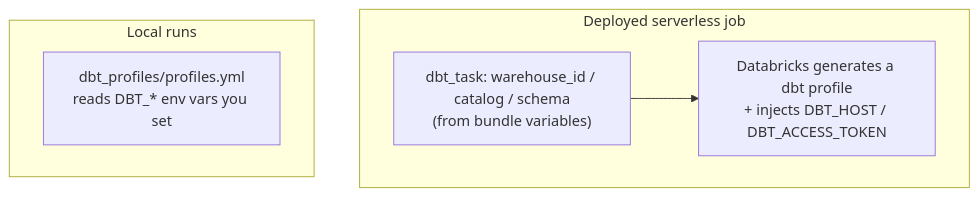
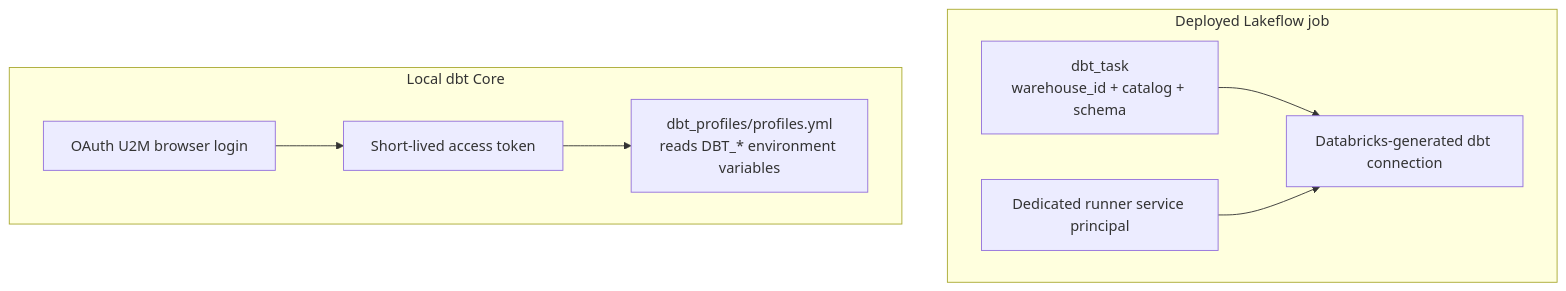
The diagram in docs/explanation/how-dbt-connects.md (MiguelElGallo/bricks-cli), drawn with Mermaid before and after one commit. The commit also changed other lines of this file and 67 other files, not shown here.

````diff
--- a/docs/explanation/how-dbt-connects.md
+++ b/docs/explanation/how-dbt-connects.md
@@ -16,11 +13,17 @@
 ```mermaid
 flowchart TB
-    subgraph job["Deployed serverless job"]
-        task["dbt_task: warehouse_id / catalog / schema<br/>(from bundle variables)"]
-        gen["Databricks generates a dbt profile<br/>+ injects DBT_HOST / DBT_ACCESS_TOKEN"]
-        task --> gen
+    subgraph deployed["Deployed Lakeflow job"]
+        task["dbt_task<br/>warehouse_id + catalog + schema"]
+        identity["Dedicated runner service principal"]
+        generated["Databricks-generated dbt connection"]
+        task --> generated
+        identity --> generated
     end
-    subgraph local["Local runs"]
-        prof["dbt_profiles/profiles.yml<br/>reads DBT_* env vars you set"]
+
+    subgraph local["Local dbt Core"]
+        login["OAuth U2M browser login"]
+        token["Short-lived access token"]
+        profile["dbt_profiles/profiles.yml<br/>reads DBT_* environment variables"]
+        login --> token --> profile
     end
 ```
````
